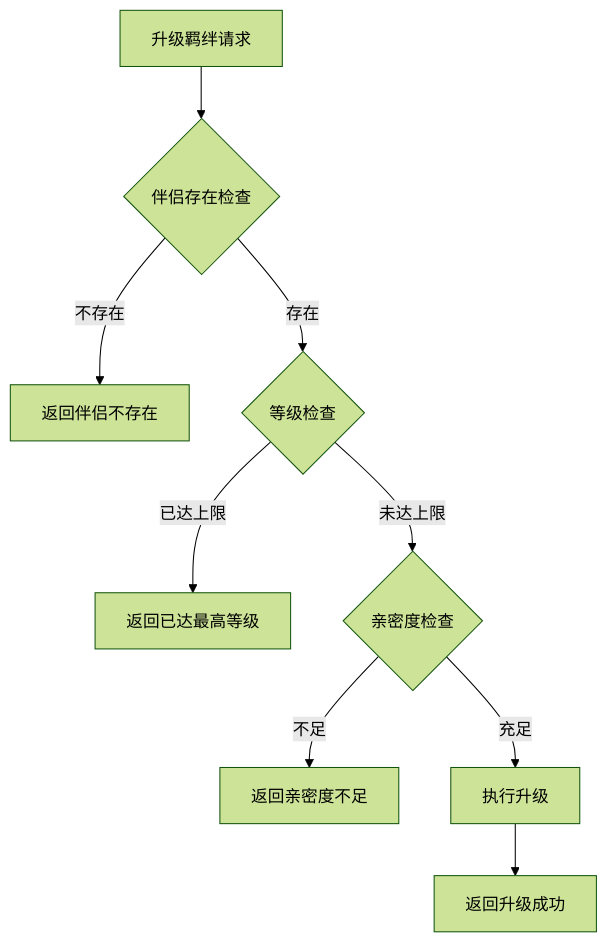
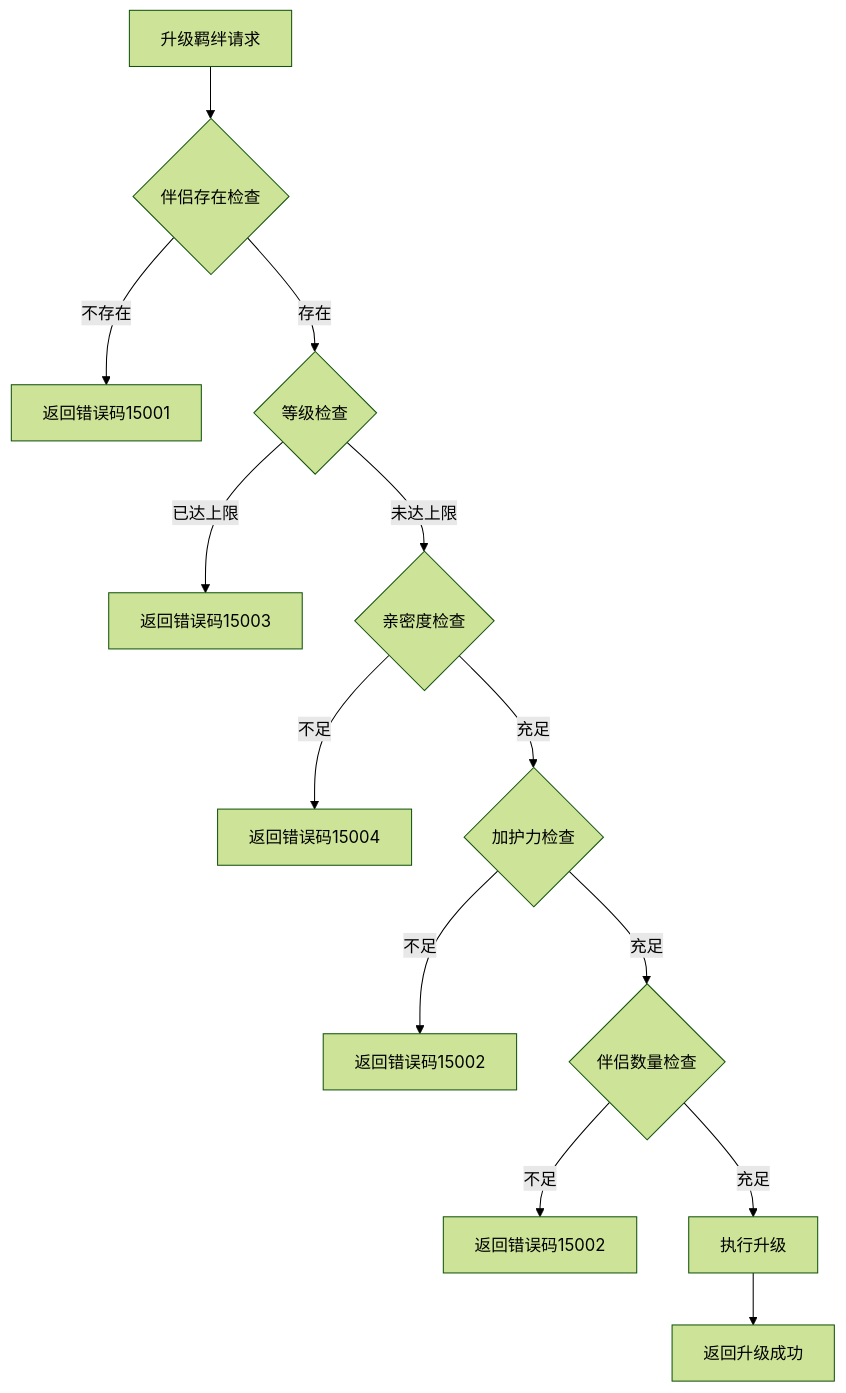
The seventh of 7 diagrams in docs/Module_Consort/06_实现细节.md (Alan-Ben/k2c_game_framework), drawn with Mermaid (forest theme) before and after one commit. The commit also changed other lines of this file and 5 other files, not shown here.

````diff
--- a/docs/Module_Consort/06_实现细节.md
+++ b/docs/Module_Consort/06_实现细节.md
@@ -254,11 +303,15 @@
 ```mermaid
 flowchart TD
     A[升级羁绊请求] --> B{伴侣存在检查}
-    B -->|不存在| C[返回伴侣不存在]
+    B -->|不存在| C[返回错误码15001]
     B -->|存在| D{等级检查}
-    D -->|已达上限| E[返回已达最高等级]
+    D -->|已达上限| E[返回错误码15003]
     D -->|未达上限| F{亲密度检查}
-    F -->|不足| G[返回亲密度不足]
-    F -->|充足| H[执行升级]
-    H --> I[返回升级成功]
+    F -->|不足| G[返回错误码15004]
+    F -->|充足| H{加护力检查}
+    H -->|不足| I[返回错误码15002]
+    H -->|充足| J{伴侣数量检查}
+    J -->|不足| K[返回错误码15002]
+    J -->|充足| L[执行升级]
+    L --> M[返回升级成功]
 ```
````
